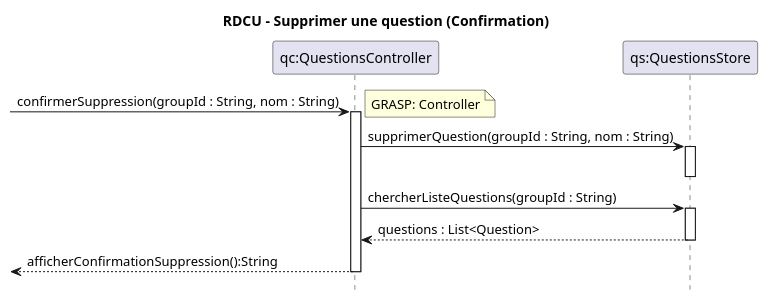
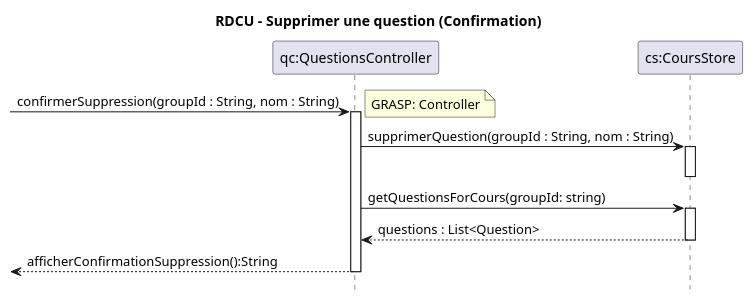
One commit to xMrYahya/moodle-clone changed the diagram in docs/modeles/cu02/rdcu-confirmation-suppression.puml. Above: the diagram before and after it, drawn with PlantUML. The commit also changed 7 other files, not shown here.

Commit message:
Changement de QuestionStore a CoursStore et commencer a changer noms pour mieux fit le code (incomplet)

```diff
--- a/docs/modeles/cu02/rdcu-confirmation-suppression.puml
+++ b/docs/modeles/cu02/rdcu-confirmation-suppression.puml
@@ -1,25 +1,26 @@
 @startuml
 hide footbox
 title RDCU – Supprimer une question (Confirmation)
 
 participant "qc:QuestionsController" as QC
-participant "qs:QuestionsStore" as QS
+participant "cs:CoursStore" as CS
 
 -> QC : confirmerSuppression(groupId : String, nom : String)
 note right: GRASP: Controller
 activate QC
 
-QC -> QS : supprimerQuestion(groupId : String, nom : String)
-activate QS
-deactivate QS
+QC -> CS : supprimerQuestion(groupId : String, nom : String)
+activate CS
+deactivate CS
 
-QC -> QS : chercherListeQuestions(groupId : String)
-activate QS
-QS --> QC : questions : List<Question>
-deactivate QS
+QC -> CS : getQuestionsForCours(groupId: string)
+activate CS
+'???'
+CS --> QC : questions : List<Question>
+deactivate CS
 
 'QC --> UI : afficherListeQuestions(questions):String'
 <-- QC : afficherConfirmationSuppression():String
 deactivate QC
 
 @enduml
```
